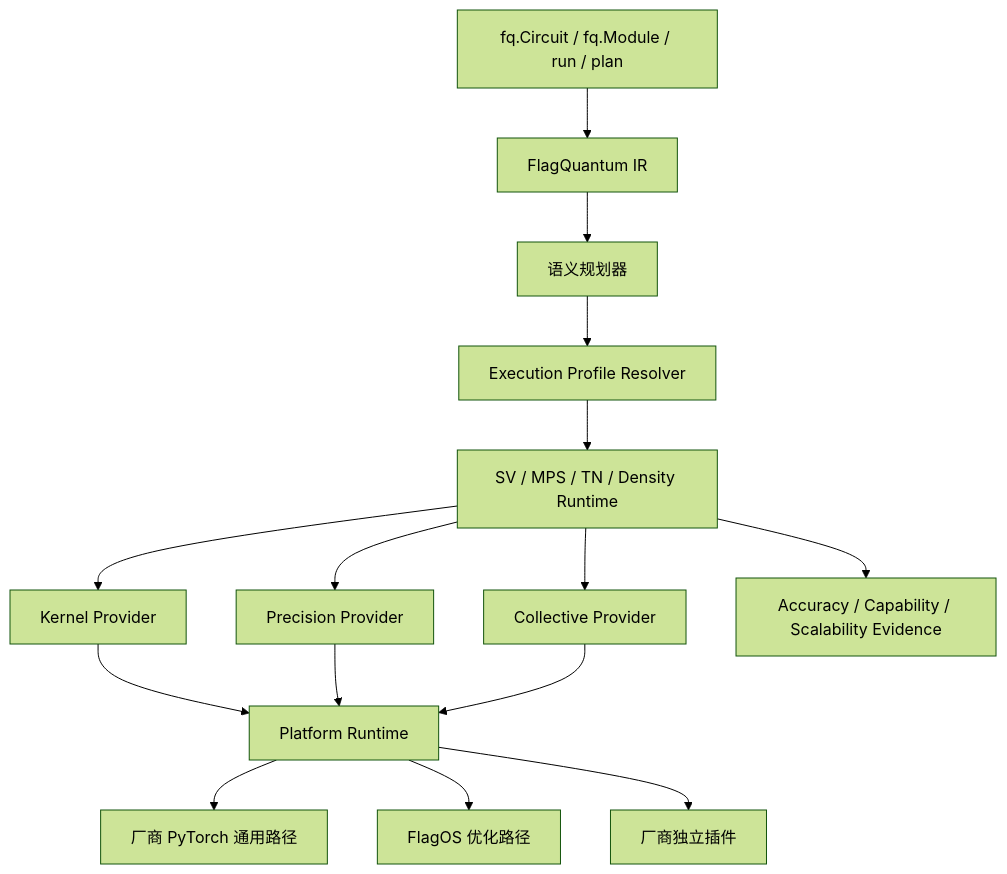
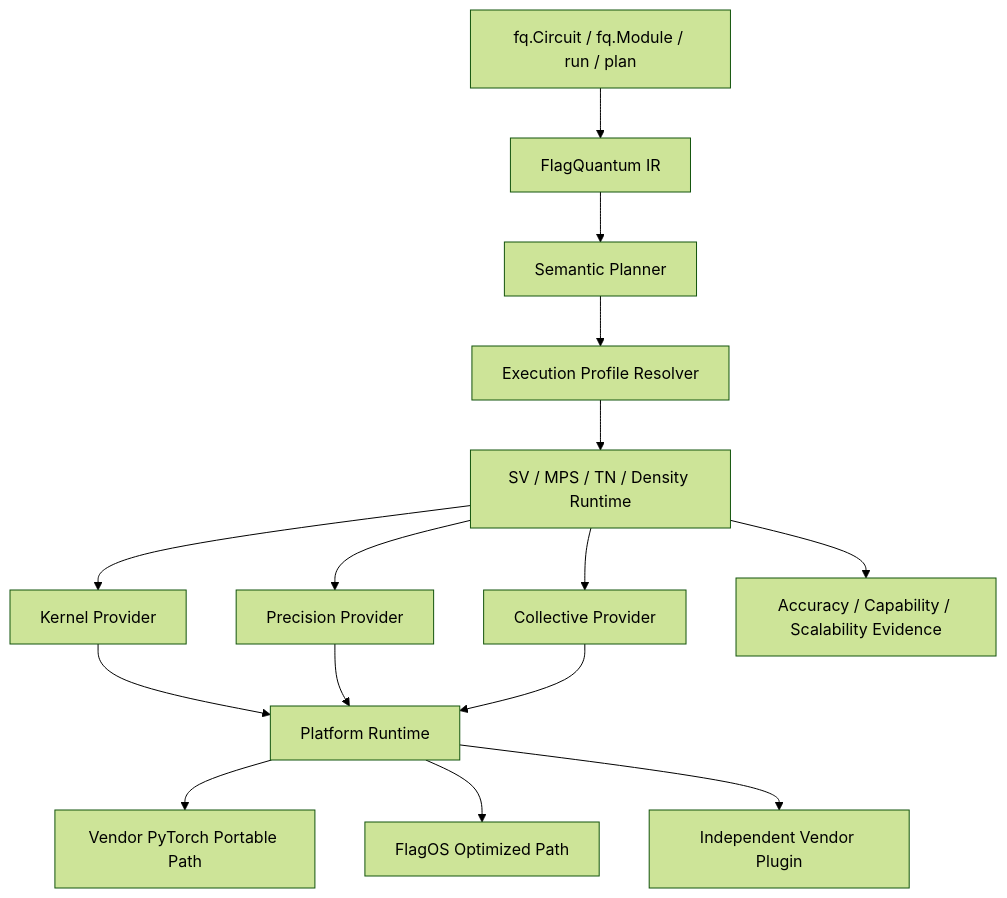
One commit to flagos-ai/FlagQuantum changed the diagram in docs/roadmap/DOMESTIC_ACCELERATOR_AND_NUMERICAL_TRUST_PLAN.md. Above: the diagram before and after it, drawn with Mermaid (forest theme). The commit also changed other lines of this file and 324 other files, not shown here.

````diff
--- a/docs/roadmap/DOMESTIC_ACCELERATOR_AND_NUMERICAL_TRUST_PLAN.md
+++ b/docs/roadmap/DOMESTIC_ACCELERATOR_AND_NUMERICAL_TRUST_PLAN.md
@@ -46,17 +43,17 @@
 ```mermaid
 flowchart TD
     API["fq.Circuit / fq.Module / run / plan"] --> IR["FlagQuantum IR"]
-    IR --> Planner["语义规划器"]
+    IR --> Planner["Semantic Planner"]
     Planner --> Resolver["Execution Profile Resolver"]
     Resolver --> Runtime["SV / MPS / TN / Density Runtime"]
     Runtime --> Kernel["Kernel Provider"]
     Runtime --> Precision["Precision Provider"]
     Runtime --> Collective["Collective Provider"]
     Kernel --> Platform["Platform Runtime"]
     Precision --> Platform
     Collective --> Platform
-    Platform --> Torch["厂商 PyTorch 通用路径"]
-    Platform --> FlagOS["FlagOS 优化路径"]
-    Platform --> Plugin["厂商独立插件"]
+    Platform --> Torch["Vendor PyTorch Portable Path"]
+    Platform --> FlagOS["FlagOS Optimized Path"]
+    Platform --> Plugin["Independent Vendor Plugin"]
     Runtime --> Evidence["Accuracy / Capability / Scalability Evidence"]
 ```
````
